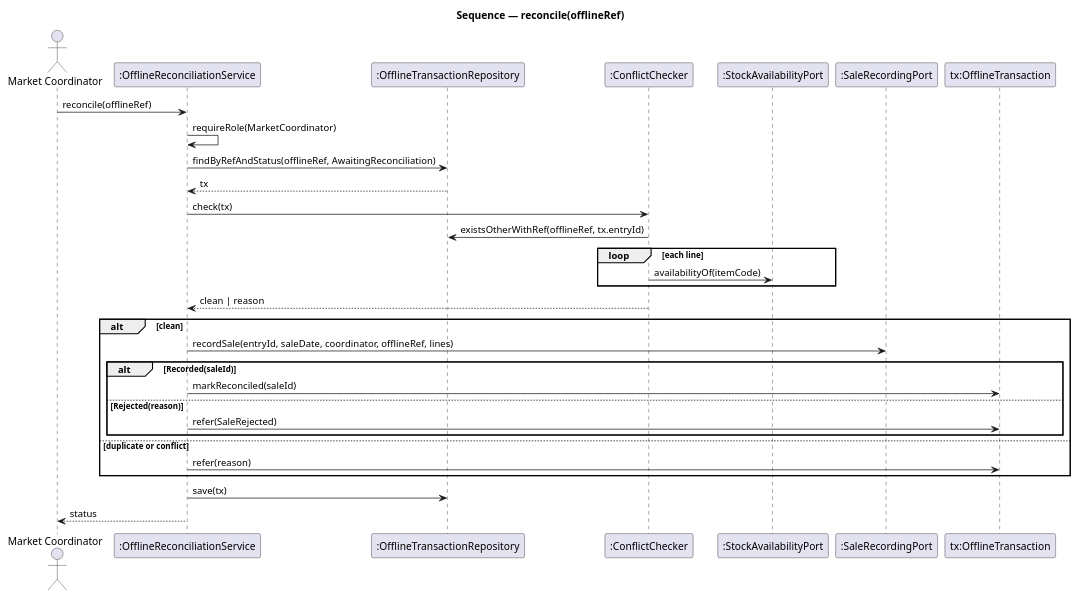
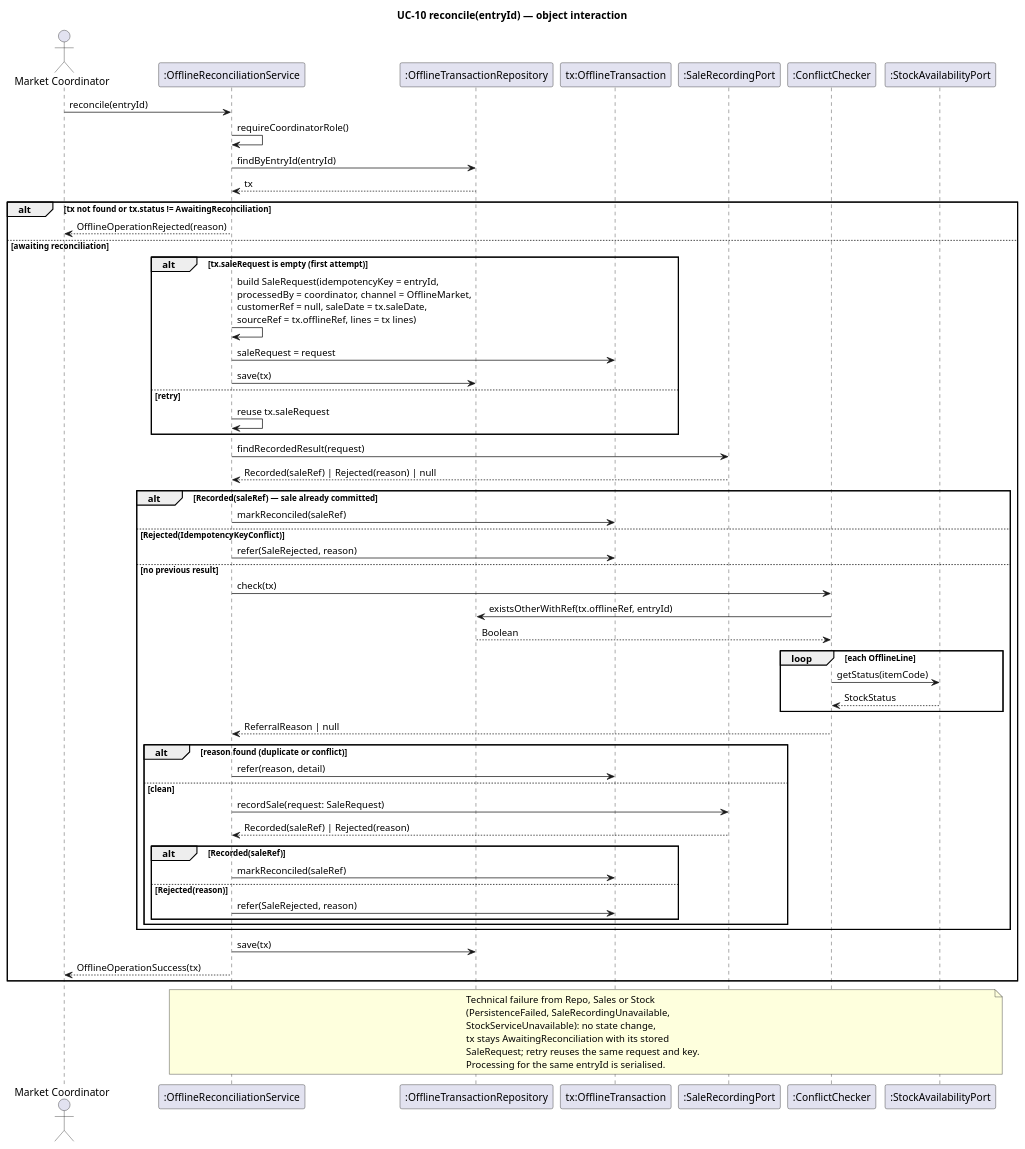
Before and after one commit to Mykola-Rubliuk/LocalCraftMarketplace: the diagram in ca2-analysis/slices/slice-3/sequence/sequence.puml, drawn with PlantUML. The commit also changed 7 other files, not shown here.

Commit message:
Slice 3: align with integrated design (entryId, SaleRequest, sale recovery) (refs #3)

```diff
--- a/ca2-analysis/slices/slice-3/sequence/sequence.puml
+++ b/ca2-analysis/slices/slice-3/sequence/sequence.puml
@@ -1,33 +1,70 @@
 @startuml
-title Sequence — reconcile(offlineRef)
+title UC-10 reconcile(entryId) — object interaction
+
 actor "Market Coordinator" as C
 participant ":OfflineReconciliationService" as Svc
 participant ":OfflineTransactionRepository" as Repo
+participant "tx:OfflineTransaction" as Tx
+participant ":SaleRecordingPort" as Sales
 participant ":ConflictChecker" as Chk
 participant ":StockAvailabilityPort" as Stock
-participant ":SaleRecordingPort" as Sales
-participant "tx:OfflineTransaction" as Tx
 
-C -> Svc : reconcile(offlineRef)
-Svc -> Svc : requireRole(MarketCoordinator)
-Svc -> Repo : findByRefAndStatus(offlineRef, AwaitingReconciliation)
+C -> Svc : reconcile(entryId)
+Svc -> Svc : requireCoordinatorRole()
+Svc -> Repo : findByEntryId(entryId)
 Repo --> Svc : tx
-Svc -> Chk : check(tx)
-Chk -> Repo : existsOtherWithRef(offlineRef, tx.entryId)
-loop each line
-  Chk -> Stock : availabilityOf(itemCode)
+
+alt tx not found or tx.status != AwaitingReconciliation
+  Svc --> C : OfflineOperationRejected(reason)
+else awaiting reconciliation
+  alt tx.saleRequest is empty (first attempt)
+    Svc -> Svc : build SaleRequest(idempotencyKey = entryId,\nprocessedBy = coordinator, channel = OfflineMarket,\ncustomerRef = null, saleDate = tx.saleDate,\nsourceRef = tx.offlineRef, lines = tx lines)
+    Svc -> Tx : saleRequest = request
+    Svc -> Repo : save(tx)
+  else retry
+    Svc -> Svc : reuse tx.saleRequest
+  end
+
+  Svc -> Sales : findRecordedResult(request)
+  Sales --> Svc : Recorded(saleRef) | Rejected(reason) | null
+
+  alt Recorded(saleRef) — sale already committed
+    Svc -> Tx : markReconciled(saleRef)
+  else Rejected(IdempotencyKeyConflict)
+    Svc -> Tx : refer(SaleRejected, reason)
+  else no previous result
+    Svc -> Chk : check(tx)
+    Chk -> Repo : existsOtherWithRef(tx.offlineRef, entryId)
+    Repo --> Chk : Boolean
+    loop each OfflineLine
+      Chk -> Stock : getStatus(itemCode)
+      Stock --> Chk : StockStatus
+    end
+    Chk --> Svc : ReferralReason | null
+
+    alt reason found (duplicate or conflict)
+      Svc -> Tx : refer(reason, detail)
+    else clean
+      Svc -> Sales : recordSale(request: SaleRequest)
+      Sales --> Svc : Recorded(saleRef) | Rejected(reason)
+      alt Recorded(saleRef)
+        Svc -> Tx : markReconciled(saleRef)
+      else Rejected(reason)
+        Svc -> Tx : refer(SaleRejected, reason)
+      end
+    end
+  end
+
+  Svc -> Repo : save(tx)
+  Svc --> C : OfflineOperationSuccess(tx)
 end
-Chk --> Svc : clean | reason
-alt clean
-  Svc -> Sales : recordSale(entryId, saleDate, coordinator, offlineRef, lines)
-  alt Recorded(saleId)
-    Svc -> Tx : markReconciled(saleId)
-  else Rejected(reason)
-    Svc -> Tx : refer(SaleRejected)
-  end
-else duplicate or conflict
-  Svc -> Tx : refer(reason)
-end
-Svc -> Repo : save(tx)
-Svc --> C : status
+
+note over Svc, Stock
+  Technical failure from Repo, Sales or Stock
+  (PersistenceFailed, SaleRecordingUnavailable,
+  StockServiceUnavailable): no state change,
+  tx stays AwaitingReconciliation with its stored
+  SaleRequest; retry reuses the same request and key.
+  Processing for the same entryId is serialised.
+end note
 @enduml
```
